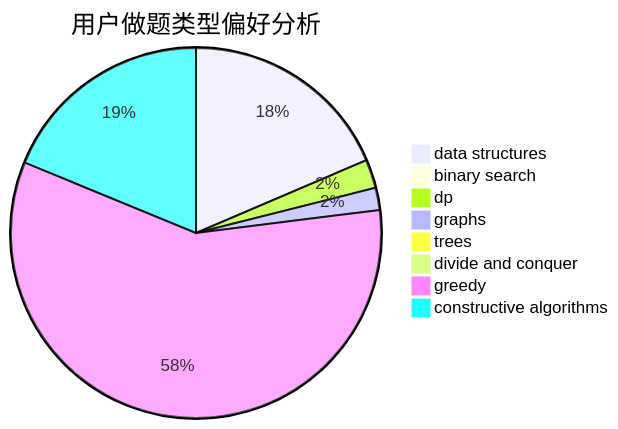
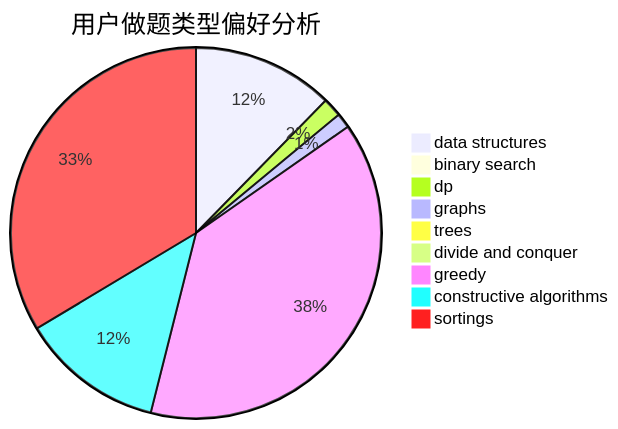
The second of 3 diagrams in docs/user/u743.md (sherpahu/cfrs.github.io), drawn with Mermaid before and after one commit. The commit also changed other lines of this file and 2769 other files, not shown here.

````diff
--- a/docs/user/u743.md
+++ b/docs/user/u743.md
@@ -23,11 +18,12 @@
 ```mermaid
 pie title 用户做题类型偏好分析
     "data structures" :  171
     "binary search" :  5
     "dp" :  23
     "graphs" :  18
     "trees" :  3
     "divide and conquer" :  0
     "greedy" :  536
     "constructive algorithms" :  173
+    "sortings" :  466
 ```
````
